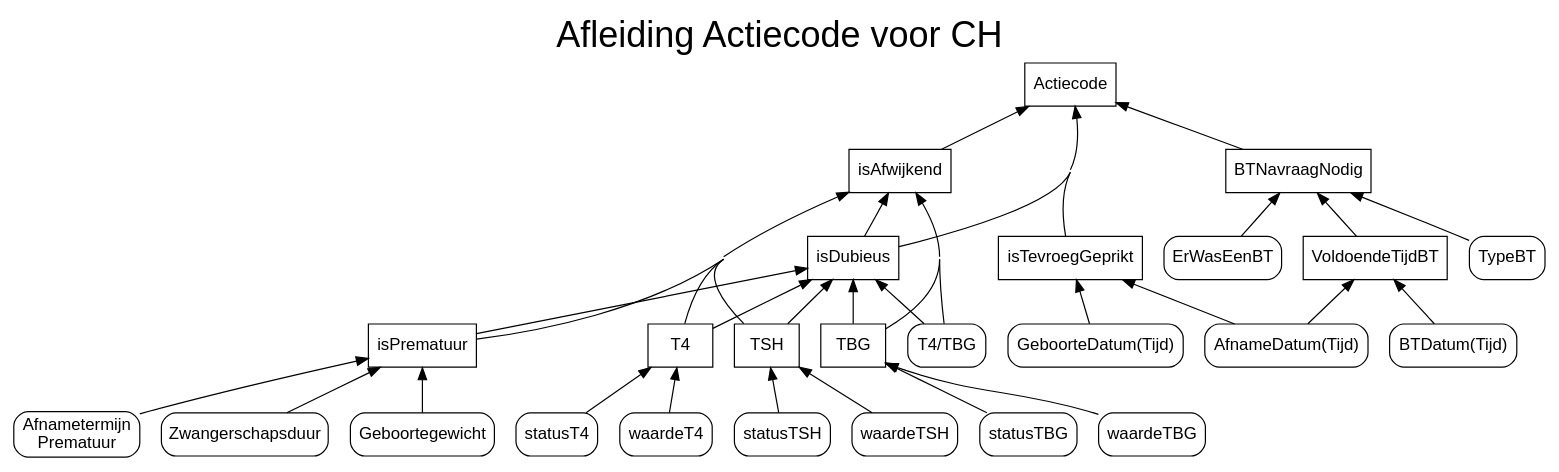
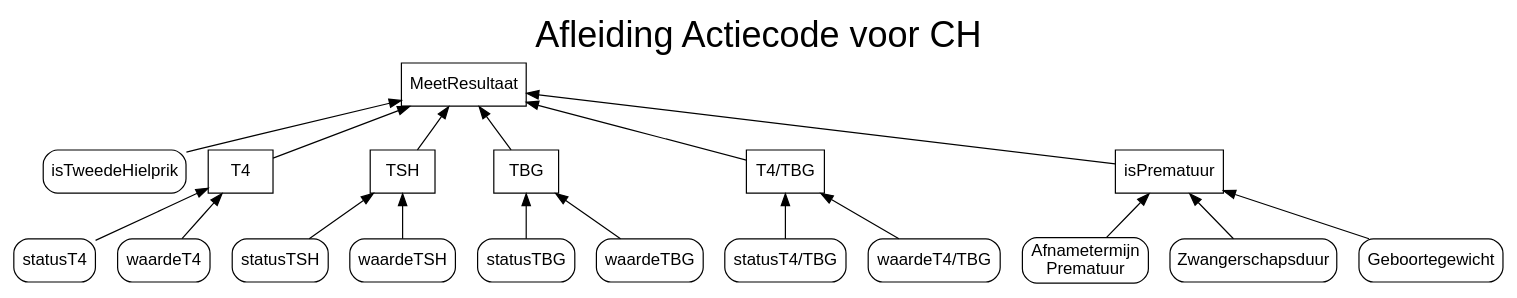
The diagram in src/main/resources/nhs-dmn/CH.gv (hanjoosten/KOGITO-8362), drawn with Graphviz before and after one commit.

Commit message:
aangepaste opzet beslissingen

```diff
--- a/src/main/resources/nhs-dmn/CH.gv
+++ b/src/main/resources/nhs-dmn/CH.gv
@@ -1,74 +1,71 @@
 digraph mygraph {
   rankdir="BT"
   fontname="Helvetica,Arial,sans-serif"
   concentrate=true
 graph [charset="UTF-8"
        fontsize=30
        labelloc="t" 
        label="Afleiding Actiecode voor CH" 
        layout="dot"
        splines=true 
        overlap=false 
        rankdir = "BT"];
 
   node [fontname="Helvetica,Arial,sans-serif"
         shape=Mrecord]
   edge [fontname="Helvetica,Arial,sans-serif"]
   
 
-  Actiecode [shape=box]
-  isAfwijkend -> Actiecode
-  isDubieus -> Actiecode
-  isTevroegGeprikt -> Actiecode
-  BTNavraagNodig -> Actiecode
+  // Actiecode [shape=box]
+  // isAfwijkend -> Actiecode
+  // isDubieus -> Actiecode
+  // isTevroegGeprikt -> Actiecode
+  // BTNavraagNodig -> Actiecode
 
   isPrematuur [shape=box]
   "Afnametermijn\nPrematuur" -> isPrematuur
   Zwangerschapsduur -> isPrematuur
   Geboortegewicht -> isPrematuur
 
-  isAfwijkend [shape=box]
-  isPrematuur -> isAfwijkend
-  isDubieus -> isAfwijkend
-  T4 -> isAfwijkend
-  TSH -> isAfwijkend
-  TBG -> isAfwijkend
-  "T4/TBG" -> isAfwijkend
 
+  MeetResultaat [shape=box]
+  isPrematuur -> MeetResultaat
+  isTweedeHielprik -> MeetResultaat
+  T4 -> MeetResultaat
+  TSH -> MeetResultaat
+  TBG -> MeetResultaat
+  "T4/TBG" -> MeetResultaat
+  
+  // BTNavraagNodig [shape=box]
+  // ErWasEenBT -> BTNavraagNodig
+  // VoldoendeTijdBT -> BTNavraagNodig
+  // TypeBT -> BTNavraagNodig
 
-  isDubieus [shape=box]
-  isPrematuur -> isDubieus
-  T4 -> isDubieus
-  TSH -> isDubieus
-  TBG -> isDubieus
-  "T4/TBG" -> isDubieus
-  
-  BTNavraagNodig [shape=box]
-  ErWasEenBT -> BTNavraagNodig
-  VoldoendeTijdBT -> BTNavraagNodig
-  TypeBT -> BTNavraagNodig
+  // VoldoendeTijdBT [shape=box]
+  // "BTDatum(Tijd)" -> VoldoendeTijdBT
+  // "AfnameDatum(Tijd)" -> VoldoendeTijdBT
 
-  VoldoendeTijdBT [shape=box]
-  "BTDatum(Tijd)" -> VoldoendeTijdBT
-  "AfnameDatum(Tijd)" -> VoldoendeTijdBT
-
-  isTevroegGeprikt [shape=box]
-  "GeboorteDatum(Tijd)" -> isTevroegGeprikt
-  "AfnameDatum(Tijd)" -> isTevroegGeprikt
+  // isTevroegGeprikt [shape=box]
+  // "GeboorteDatum(Tijd)" -> isTevroegGeprikt
+  // "AfnameDatum(Tijd)" -> isTevroegGeprikt
 
 
   T4 [shape=box]
   statusT4 -> T4
   waardeT4 -> T4
 
   TSH [shape=box]
   statusTSH -> TSH
   waardeTSH -> TSH
 
   TBG [shape=box]
   statusTBG -> TBG
   waardeTBG -> TBG
 
+  "T4/TBG" [shape=box]
+  "statusT4/TBG" -> "T4/TBG"
+  "waardeT4/TBG" -> "T4/TBG"
+
 
 
  }
```
